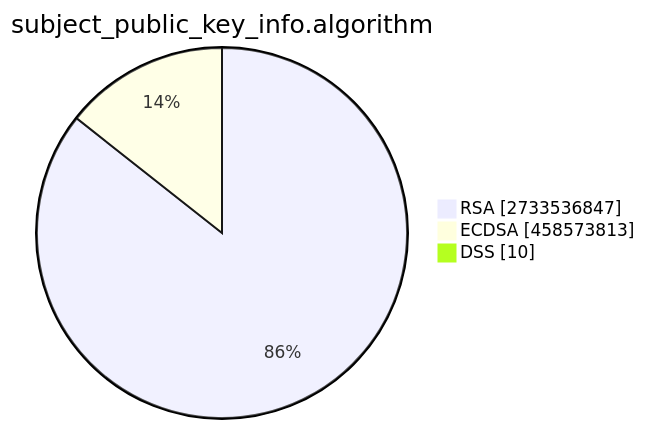
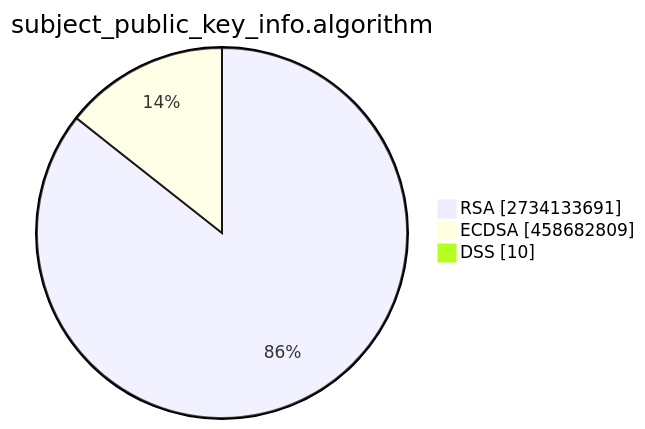
The second of 15 diagrams in TOTAL/README.md (christiankrug/ctmonitor_visualization), drawn with Mermaid before and after one commit. The commit also changed other lines of this file, not shown here.

````diff
--- a/TOTAL/README.md
+++ b/TOTAL/README.md
@@ -6,7 +6,7 @@
 ```mermaid
 pie showData
 title subject_public_key_info.algorithm
-"RSA" :2733536847
-"ECDSA" :458573813
+"RSA" :2734133691
+"ECDSA" :458682809
 "DSS" :10
 ```
````
